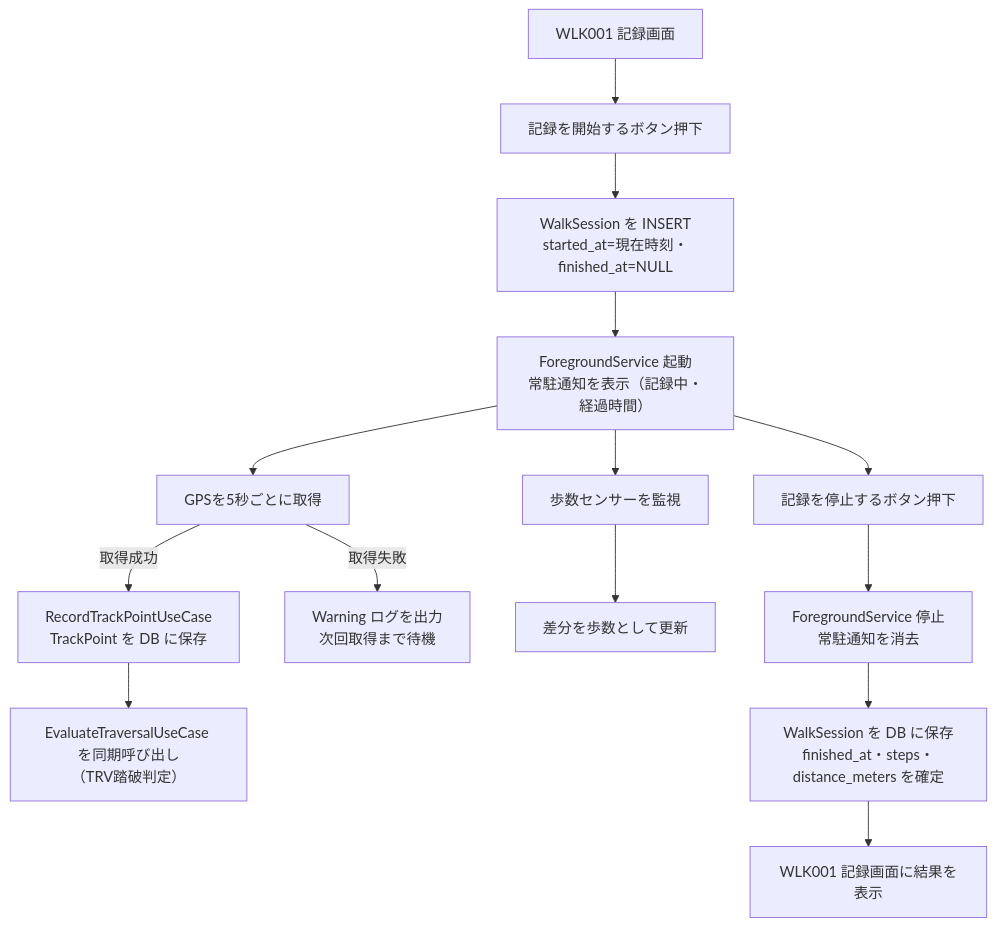
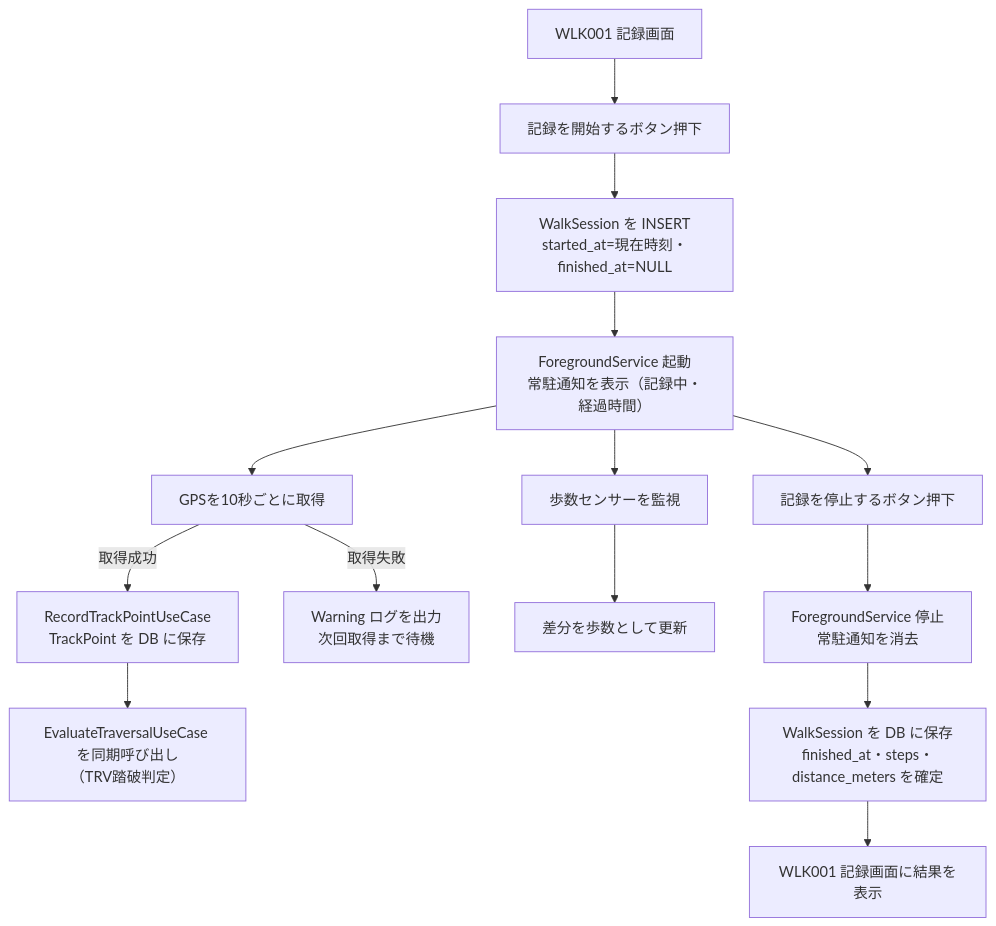
Before and after one commit to tnkmr32/WalkingTracker: the third of 5 diagrams in docs/03-basic-design/business-logic-design.md, drawn with Mermaid. The commit also changed other lines of this file and 13 other files, not shown here.

````diff
--- a/docs/03-basic-design/business-logic-design.md
+++ b/docs/03-basic-design/business-logic-design.md
@@ -57,16 +57,16 @@
 ```mermaid
 flowchart TD
     A["WLK001 記録画面"] --> B["記録を開始するボタン押下"]
     B --> B2["WalkSession を INSERT\nstarted_at=現在時刻・finished_at=NULL"]
     B2 --> C["ForegroundService 起動\n常駐通知を表示（記録中・経過時間）"]
-    C --> D["GPSを5秒ごとに取得"]
+    C --> D["GPSを10秒ごとに取得"]
     C --> E["歩数センサーを監視"]
     D -->|取得成功| F["RecordTrackPointUseCase\nTrackPoint を DB に保存"]
     F --> G["EvaluateTraversalUseCase を同期呼び出し\n（TRV踏破判定）"]
     D -->|取得失敗| H["Warning ログを出力\n次回取得まで待機"]
     E --> I["差分を歩数として更新"]
     C --> J["記録を停止するボタン押下"]
     J --> K["ForegroundService 停止\n常駐通知を消去"]
     K --> L["WalkSession を DB に保存\nfinished_at・steps・distance_meters を確定"]
     L --> M["WLK001 記録画面に結果を表示"]
 ```
````
